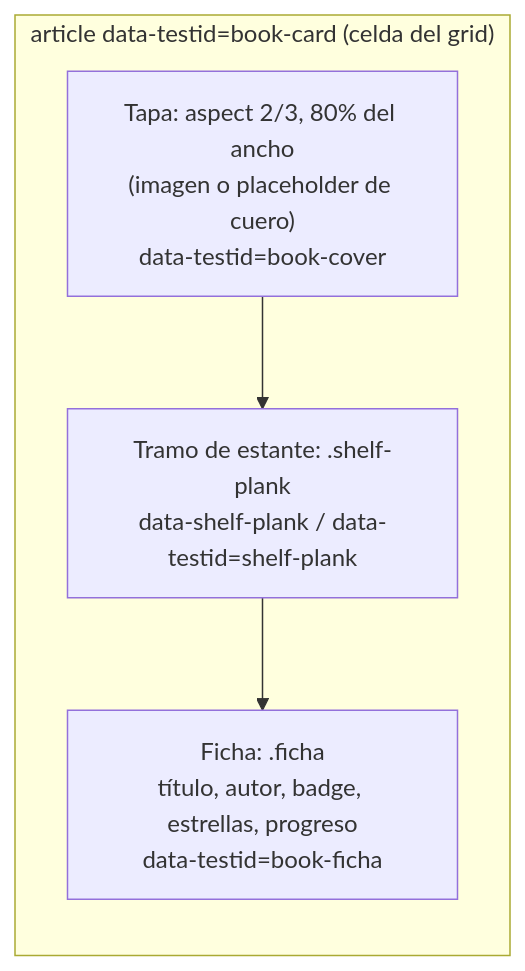
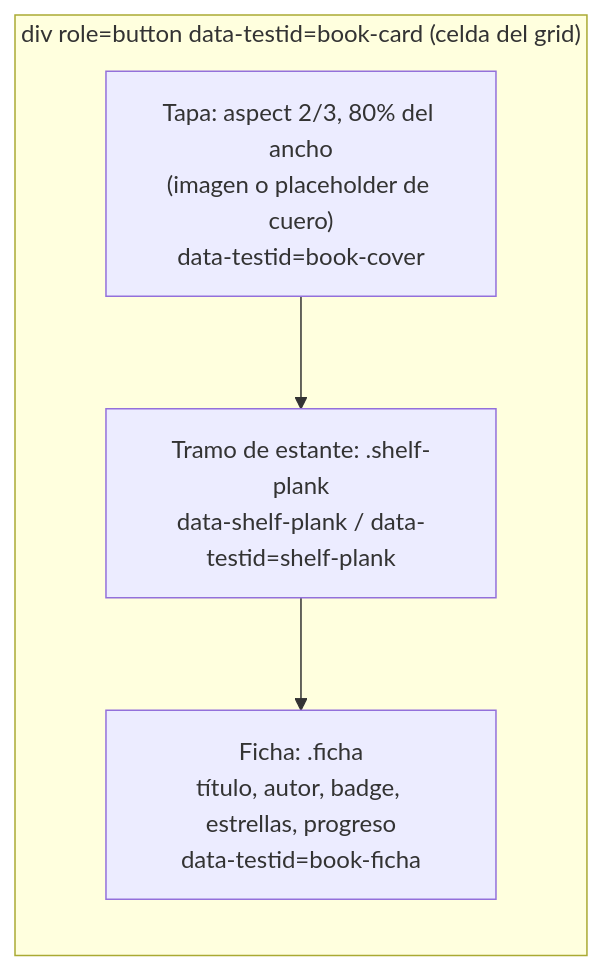
The first of 3 diagrams in docs/guides/css-grid-bookshelf-layout.md (tomyleca/booklog), drawn with Mermaid before and after one commit. The commit also changed other lines of this file and 23 other files, not shown here.

````diff
--- a/docs/guides/css-grid-bookshelf-layout.md
+++ b/docs/guides/css-grid-bookshelf-layout.md
@@ -38,10 +38,10 @@
 ```mermaid
 flowchart TB
-    subgraph CELL["article data-testid=book-card (celda del grid)"]
+    subgraph CELL["div role=button data-testid=book-card (celda del grid)"]
         direction TB
         COVER["Tapa: aspect 2/3, 80% del ancho<br/>(imagen o placeholder de cuero)<br/>data-testid=book-cover"]
         PLANK["Tramo de estante: .shelf-plank<br/>data-shelf-plank / data-testid=shelf-plank"]
         FICHA["Ficha: .ficha<br/>título, autor, badge, estrellas, progreso<br/>data-testid=book-ficha"]
         COVER --> PLANK --> FICHA
     end
 ```
````
